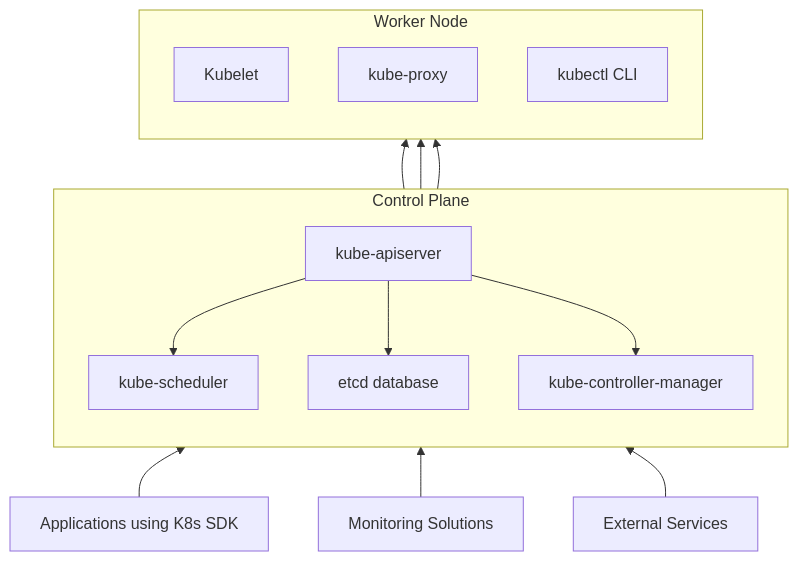
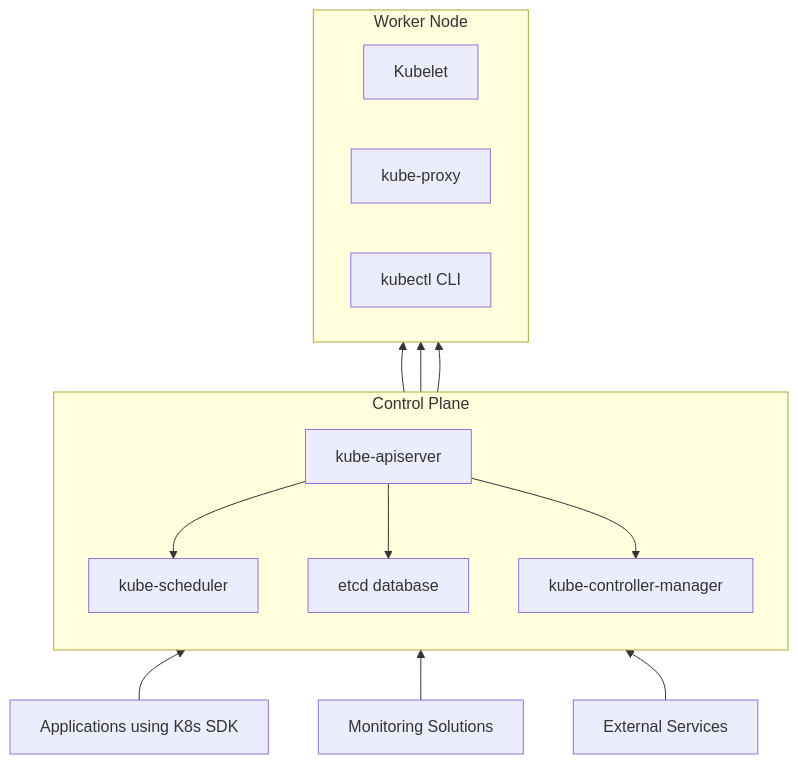
The first of 2 diagrams in Architecture_Overview.md (007chiragshah/tucana), drawn with Mermaid before and after one commit.

````diff
--- a/Architecture_Overview.md
+++ b/Architecture_Overview.md
@@ -20,28 +20,28 @@
   ```mermaid 
   graph BT
     H[Applications using K8s SDK] --> A
     I[Monitoring Solutions] --> A
     J[External Services] --> A
 
     subgraph "Control Plane"
         direction TB
         A[kube-apiserver]
         B[kube-scheduler]
         C[etcd database]
         D[kube-controller-manager]
     end
 
     subgraph "Worker Node"
-        direction TB
+        direction LR
         E[Kubelet]
         F[kube-proxy]
         G[kubectl CLI]
     end
 
     A --> B
     A --> C
     A --> D
     A --> E
     A --> F
     A --> G
   ```
````
